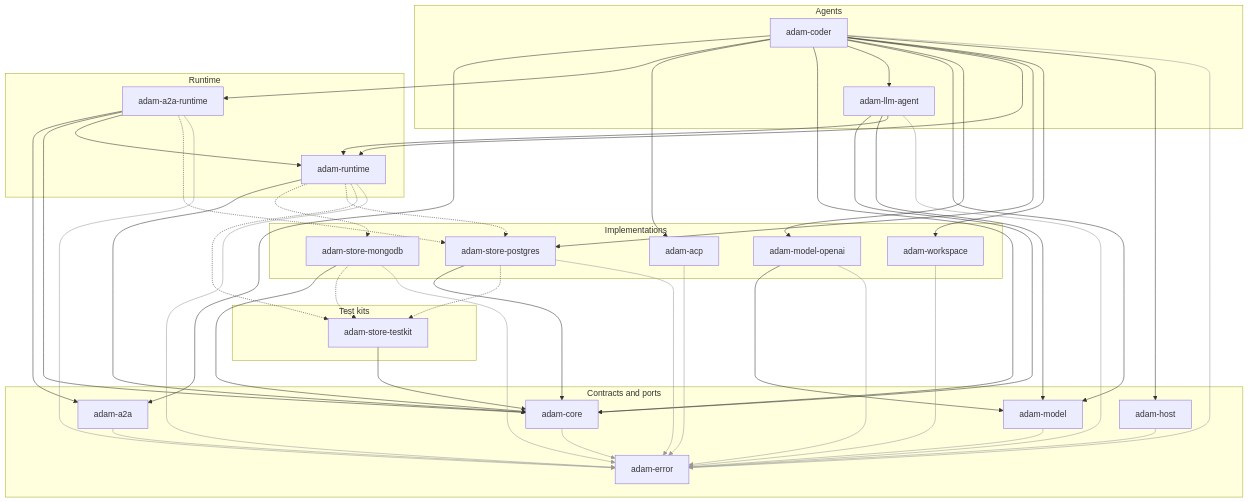
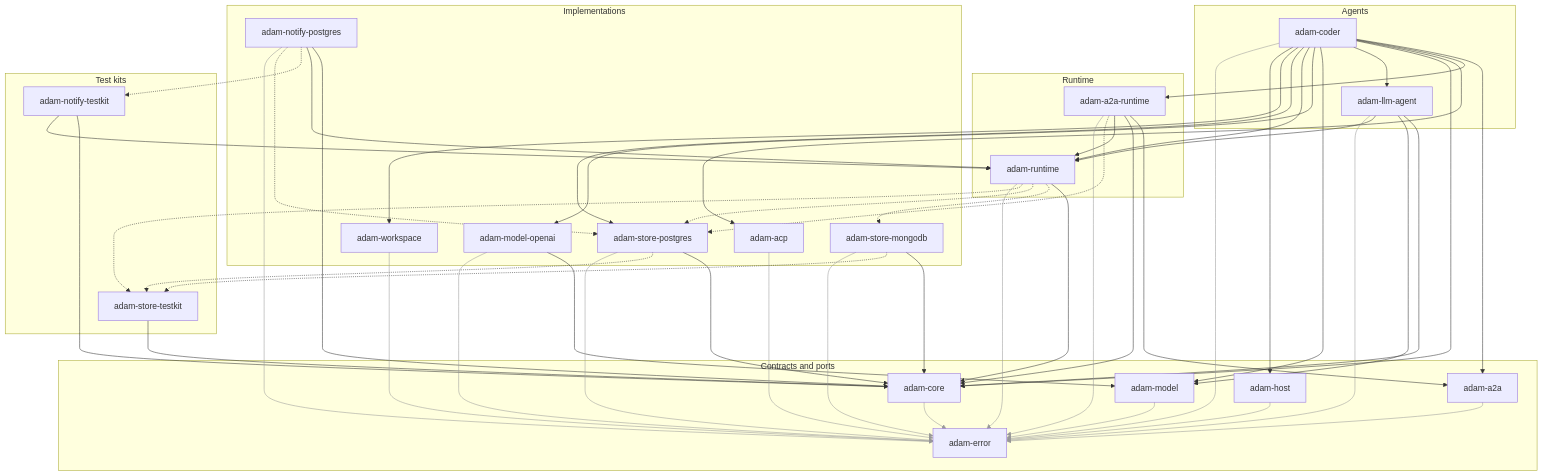
Before and after one commit to vymalo/another-adam-rs: the first of 16 diagrams in docs/architecture.md, drawn with Mermaid. The commit also changed other lines of this file and 26 other files, not shown here.

First line of the commit message:
feat(adam-notify-postgres): cross-process events and wake-up over Postgres LISTEN/NOTIFY, wired into adam-coder (#32)

````diff
--- a/docs/architecture.md
+++ b/docs/architecture.md
@@ -49,6 +49,7 @@
         pg["adam-store-postgres"]
         mongo["adam-store-mongodb"]
         openai["adam-model-openai"]
+        pgn["adam-notify-postgres"]
         ws["adam-workspace"]
         acp["adam-acp"]
     end
@@ -61,6 +62,7 @@
     end
     subgraph kits["Test kits"]
         testkit["adam-store-testkit"]
+        nk["adam-notify-testkit"]
     end
 
     coder --> a2a
@@ -85,6 +87,10 @@
     mongo --> core
     pg --> core
     testkit --> core
+    pgn --> core
+    pgn --> rt
+    nk --> core
+    nk --> rt
 
     rt -.-> mongo
     rt -.-> pg
@@ -92,6 +98,8 @@
     a2art -.-> pg
     mongo -.-> testkit
     pg -.-> testkit
+    pgn -.-> nk
+    pgn -.-> pg
 
     a2a --> err
     a2art --> err
@@ -106,6 +114,7 @@
     pg --> err
     ws --> err
     host --> err
+    pgn --> err
 
-    linkStyle 28,29,30,31,32,33,34,35,36,37,38,39,40 stroke:#999,stroke-width:1px
+    linkStyle 34,35,36,37,38,39,40,41,42,43,44,45,46,47 stroke:#999,stroke-width:1px
 ```
````
